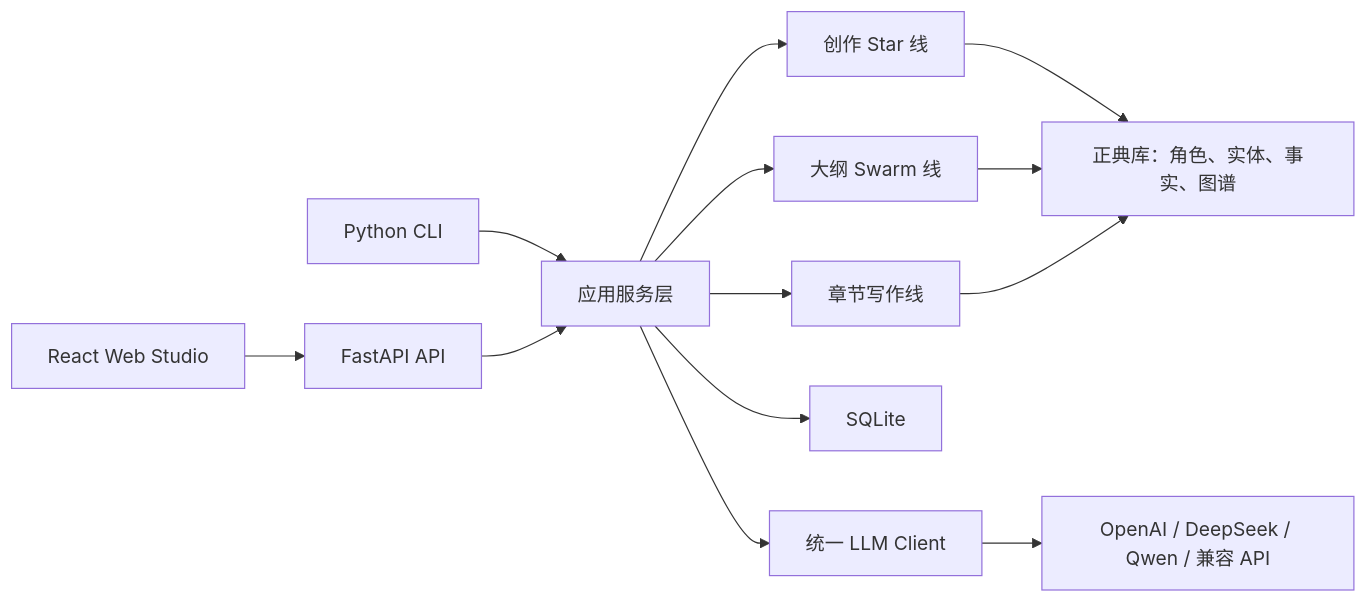
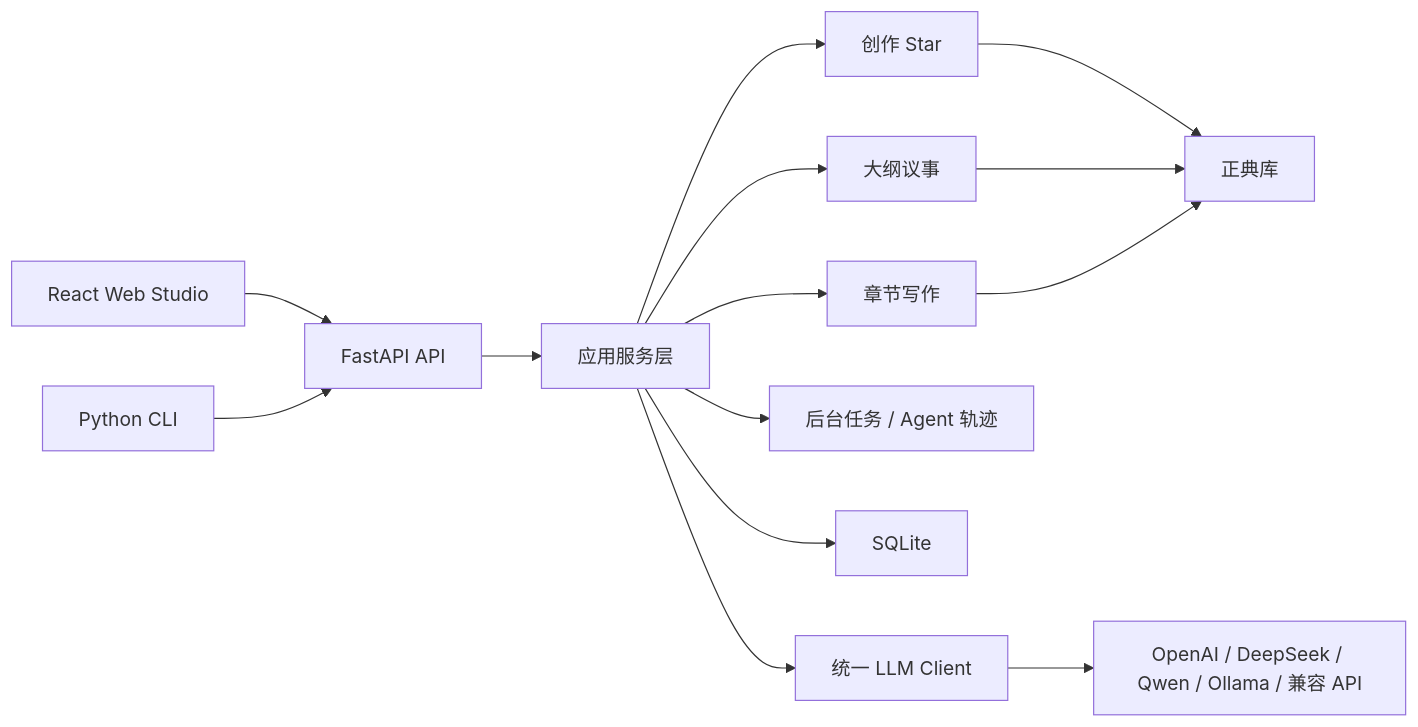
Before and after one commit to wssyh339/Narraverse-Engine: the diagram in README.md, drawn with Mermaid. The commit also changed other lines of this file and 138 other files, not shown here.

````diff
--- a/README.md
+++ b/README.md
@@ -64,15 +191,16 @@
 ```mermaid
 flowchart LR
   UI["React Web Studio"] --> API["FastAPI API"]
-  CLI["Python CLI"] --> Services["应用服务层"]
-  API --> Services
-  Services --> Creation["创作 Star 线"]
-  Services --> Outline["大纲 Swarm 线"]
-  Services --> Chapter["章节写作线"]
-  Creation --> Canon["正典库：角色、实体、事实、图谱"]
-  Outline --> Canon
+  CLI["Python CLI"] --> API
+  API --> Services["应用服务层"]
+  Services --> Creation["创作 Star"]
+  Services --> Debate["大纲议事"]
+  Services --> Chapter["章节写作"]
+  Creation --> Canon["正典库"]
+  Debate --> Canon
   Chapter --> Canon
+  Services --> Jobs["后台任务 / Agent 轨迹"]
   Services --> DB["SQLite"]
   Services --> LLM["统一 LLM Client"]
-  LLM --> Providers["OpenAI / DeepSeek / Qwen / 兼容 API"]
+  LLM --> Providers["OpenAI / DeepSeek / Qwen / Ollama / 兼容 API"]
 ```
````
